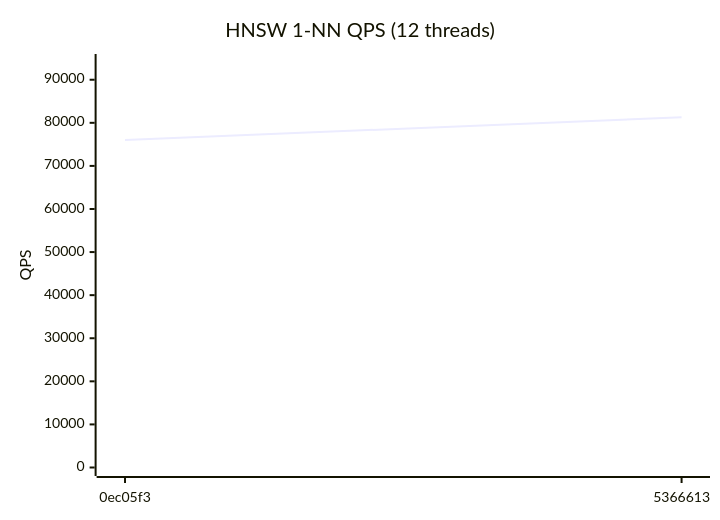
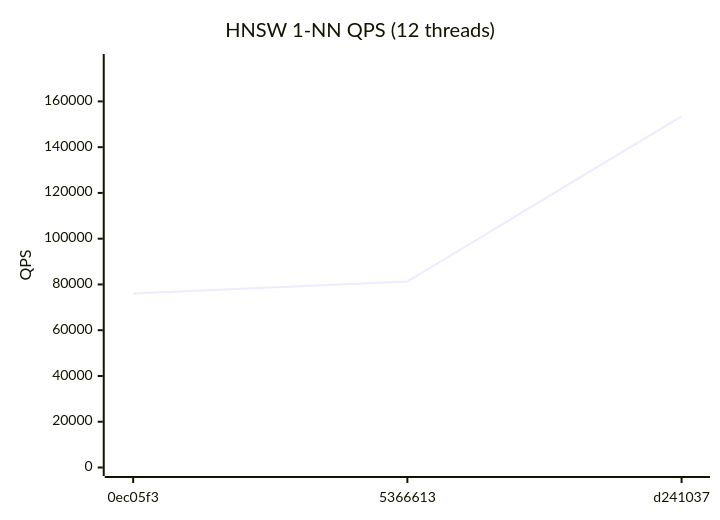
One commit to bibidhSubedi0/RedBoxDb changed the second of 4 diagrams in benchmarks/REPORT.md. Above: the diagram before and after it, drawn with Mermaid. The commit also changed other lines of this file and 1 other file, not shown here.

````diff
--- a/benchmarks/REPORT.md
+++ b/benchmarks/REPORT.md
@@ -29,7 +29,7 @@
 ```mermaid
 xychart-beta
   title "HNSW 1-NN QPS (12 threads)"
-  x-axis ["0ec05f3", "5366613"]
-  y-axis "QPS" 0 --> 94000
-  line [76009, 81296]
+  x-axis ["0ec05f3", "5366613", "d241037"]
+  y-axis "QPS" 0 --> 177000
+  line [76009, 81296, 153516]
 ```
````
